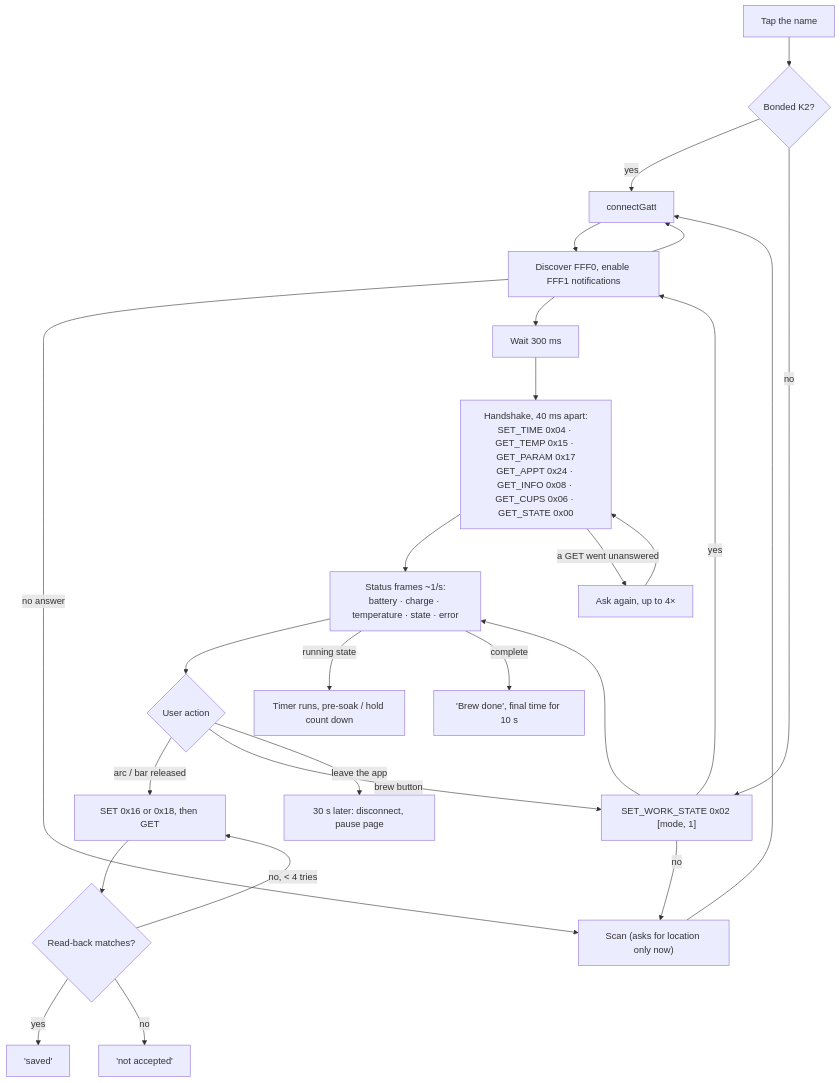
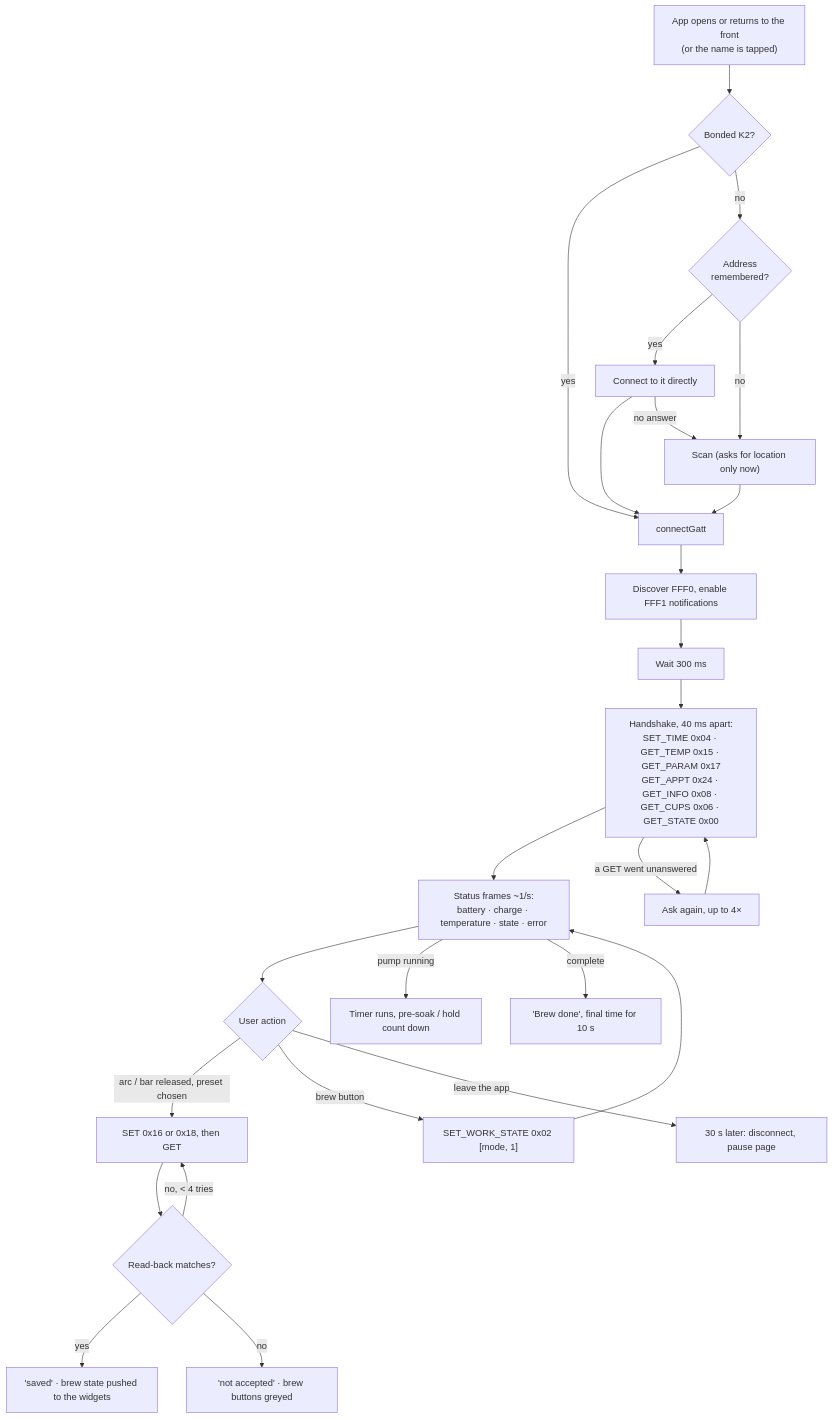
One commit to nyx-ulrix/SproControl changed the second of 5 diagrams in README.md. Above: the diagram before and after it, drawn with Mermaid. The commit also changed other lines of this file and 5 other files, not shown here.

Commit message:
README: architecture and logic-flow diagrams for the current design; graphify code map published

````diff
--- a/README.md
+++ b/README.md
@@ -133,25 +142,25 @@
 ```mermaid
 flowchart TD
-  A["Tap the name"] --> B{"Bonded K2?"}
+  A["App opens or returns to the front<br/>(or the name is tapped)"] --> B{"Bonded K2?"}
   B -- yes --> C["connectGatt"]
-  B -- no --> M{"Address<br>remembered?"}
-  M -- yes --> D["Connect to it directly"] --> C
+  B -- no --> M{"Address<br/>remembered?"}
+  M -- yes --> D0["Connect to it directly"] --> C
   M -- no --> S["Scan (asks for location only now)"] --> C
-  D -- no answer --> S
+  D0 -- no answer --> S
   C --> D["Discover FFF0, enable FFF1 notifications"]
   D --> E["Wait 300 ms"]
   E --> F["Handshake, 40 ms apart:<br/>SET_TIME 0x04 · GET_TEMP 0x15 · GET_PARAM 0x17<br/>GET_APPT 0x24 · GET_INFO 0x08 · GET_CUPS 0x06 · GET_STATE 0x00"]
   F --> G["Status frames ~1/s:<br/>battery · charge · temperature · state · error"]
   G --> H{"User action"}
-  H -- "arc / bar released" --> I["SET 0x16 or 0x18, then GET"]
+  H -- "arc / bar released, preset chosen" --> I["SET 0x16 or 0x18, then GET"]
   I --> J{"Read-back matches?"}
-  J -- yes --> K["'saved'"]
+  J -- yes --> K["'saved' · brew state pushed to the widgets"]
   J -- "no, < 4 tries" --> I
-  J -- no --> L["'not accepted'"]
-  H -- "brew button" --> M["SET_WORK_STATE 0x02 [mode, 1]"]
-  M --> G
-  G -- "running state" --> N["Timer runs, pre-soak / hold count down"]
+  J -- no --> L["'not accepted' · brew buttons greyed"]
+  H -- "brew button" --> M2["SET_WORK_STATE 0x02 [mode, 1]"]
+  M2 --> G
+  G -- "pump running" --> N["Timer runs, pre-soak / hold count down"]
   G -- "complete" --> O["'Brew done', final time for 10 s"]
   F -- "a GET went unanswered" --> R["Ask again, up to 4×"] --> F
   H -- "leave the app" --> Q["30 s later: disconnect, pause page"]
 ```
````
